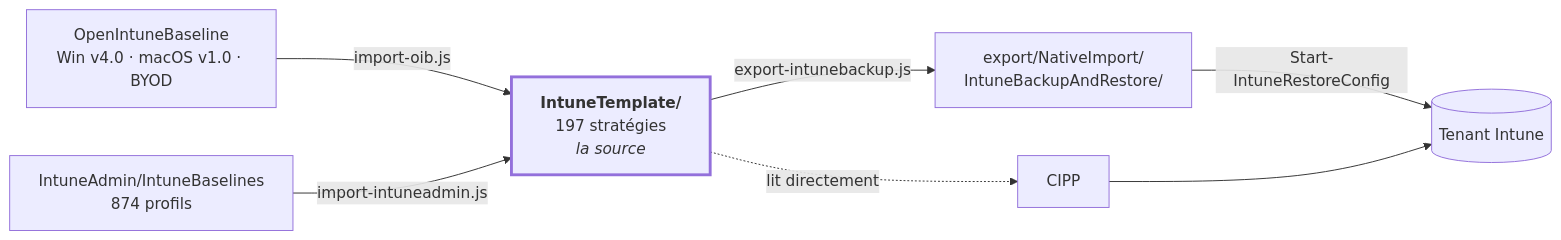
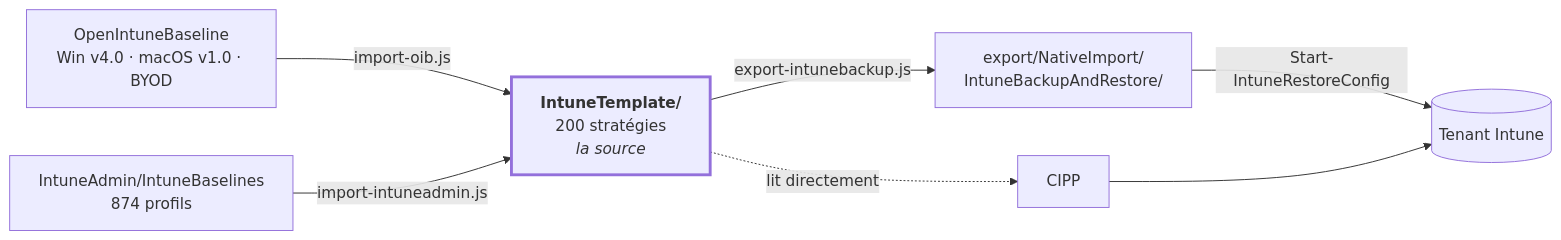
One commit to sjkanon/IntuneBackup changed the diagram in README.fr.md. Above: the diagram before and after it, drawn with Mermaid. The commit also changed other lines of this file and 63 other files, not shown here.

````diff
--- a/README.fr.md
+++ b/README.fr.md
@@ -20,17 +20,17 @@
 ```mermaid
 flowchart LR
   OIB["OpenIntuneBaseline<br/>Win v4.0 · macOS v1.0 · BYOD"]
-  T["<b>IntuneTemplate/</b><br/>197 stratégies<br/><i>la source</i>"]
+  T["<b>IntuneTemplate/</b><br/>200 stratégies<br/><i>la source</i>"]
   EX["export/NativeImport/<br/>IntuneBackupAndRestore/"]
   TENANT[("Tenant Intune")]
 
   OIB -->|import-oib.js| T
   T -->|export-intunebackup.js| EX
   T -.->|lit directement| CIPP[CIPP]
   EX -->|Start-IntuneRestoreConfig| TENANT
   CIPP --> TENANT
 
   IA["IntuneAdmin/IntuneBaselines<br/>874 profils"] -->|import-intuneadmin.js| T
 
   style T stroke-width:3px
 ```
````
